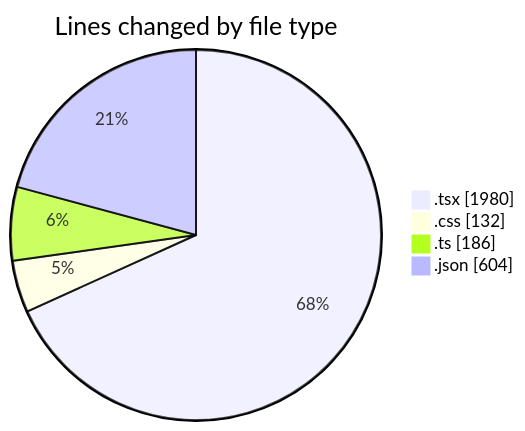
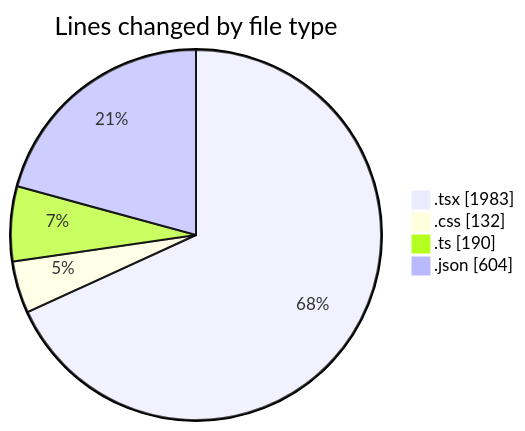
Before and after one commit to Elitesun/code-tracking: the first of 2 diagrams in 2025-05-06/niten/README.md, drawn with Mermaid. The commit also changed other lines of this file and 1 other file, not shown here.

````diff
--- a/2025-05-06/niten/README.md
+++ b/2025-05-06/niten/README.md
@@ -53,8 +53,8 @@
 ```mermaid
 pie showData
 title Lines changed by file type
-".tsx" : 1980
+".tsx" : 1983
 ".css" : 132
-".ts" : 186
+".ts" : 190
 ".json" : 604
 ```
````
